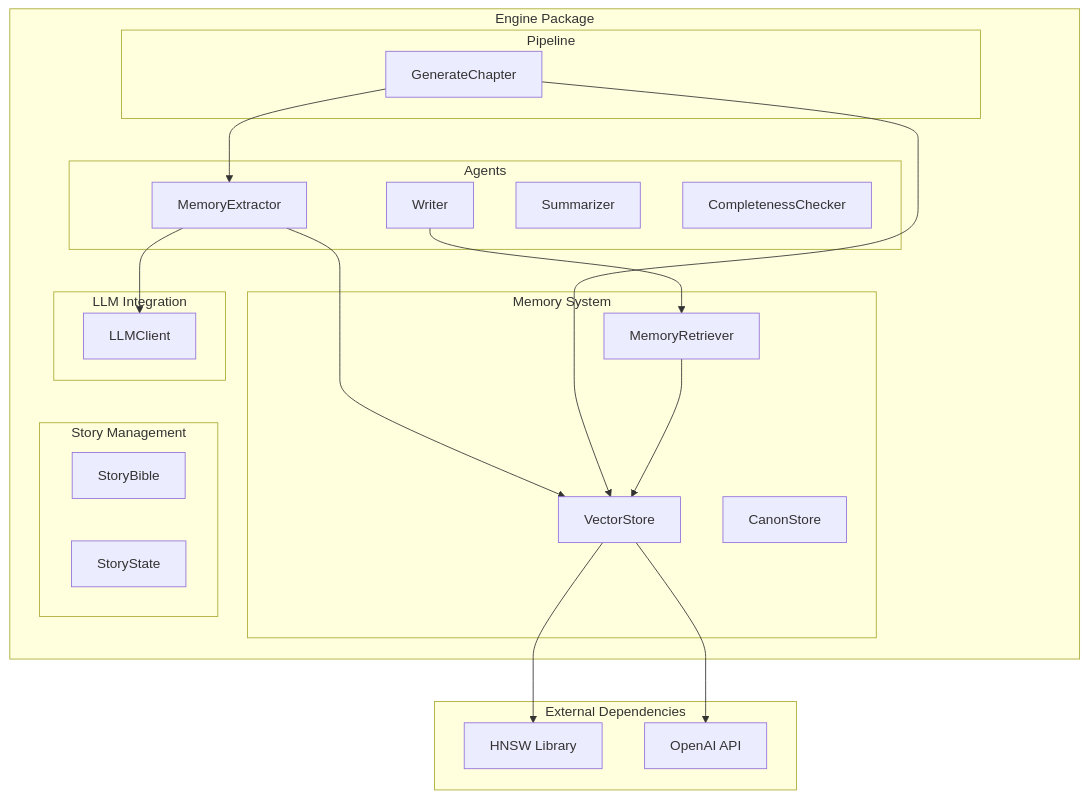
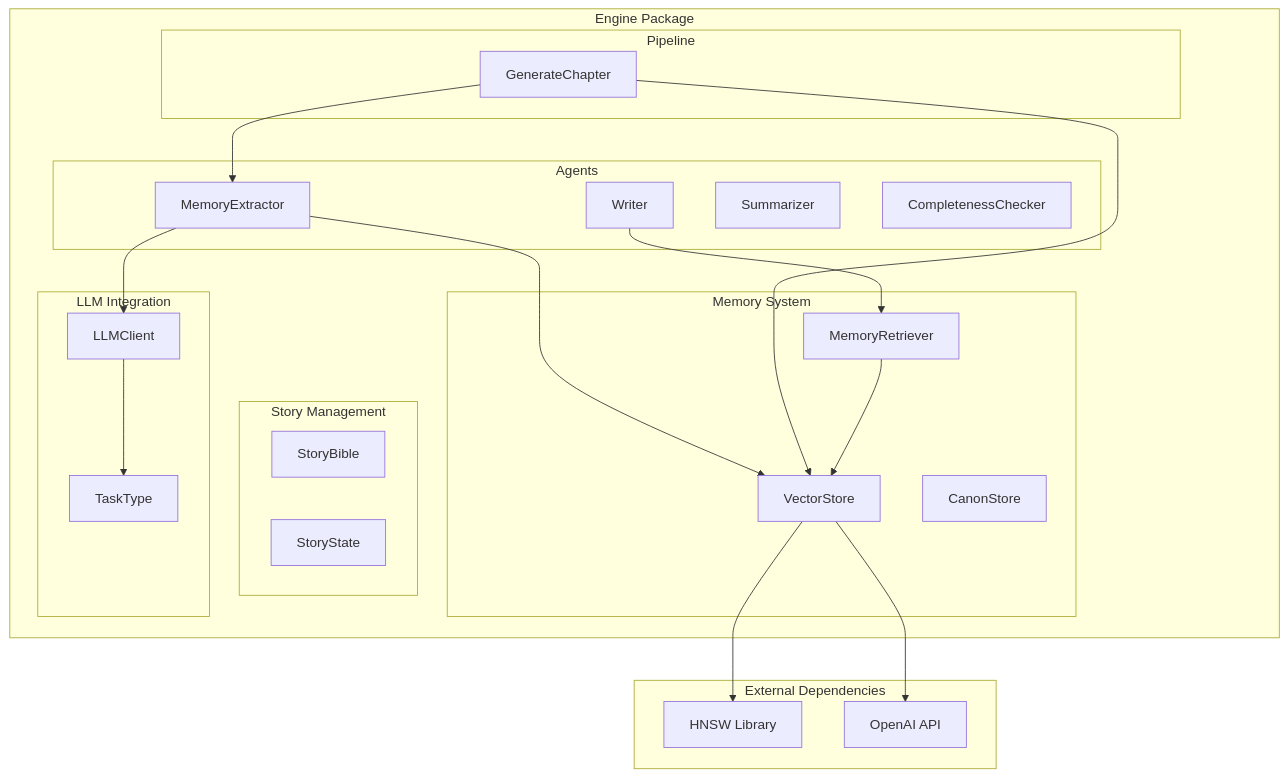
Before and after one commit to liwonder/NARRITIVE_OS: the first of 8 diagrams in .qoder/repowiki/en/content/AI Agent System/Memory Extractor Agent.md, drawn with Mermaid. The commit also changed other lines of this file and 12 other files, not shown here.

````diff
--- a/.qoder/repowiki/en/content/AI Agent System/Memory Extractor Agent.md
+++ b/.qoder/repowiki/en/content/AI Agent System/Memory Extractor Agent.md
@@ -37,38 +48,40 @@
 ```mermaid
 graph TB
 subgraph "Engine Package"
 subgraph "Agents"
 ME[MemoryExtractor]
 W[Writer]
 S[Summarizer]
 CC[CompletenessChecker]
 end
 subgraph "Memory System"
 VS[VectorStore]
 MR[MemoryRetriever]
 CS[CanonStore]
 end
 subgraph "Story Management"
 SB[StoryBible]
 SS[StoryState]
 end
 subgraph "Pipeline"
 GC[GenerateChapter]
 end
 subgraph "LLM Integration"
 LLM[LLMClient]
+TT[TaskType]
 end
 end
 subgraph "External Dependencies"
 HNSW[HNSW Library]
 OPENAI[OpenAI API]
 end
 ME --> VS
 ME --> LLM
 VS --> HNSW
 VS --> OPENAI
 GC --> ME
 GC --> VS
 W --> MR
 MR --> VS
+LLM --> TT
 ```
````
